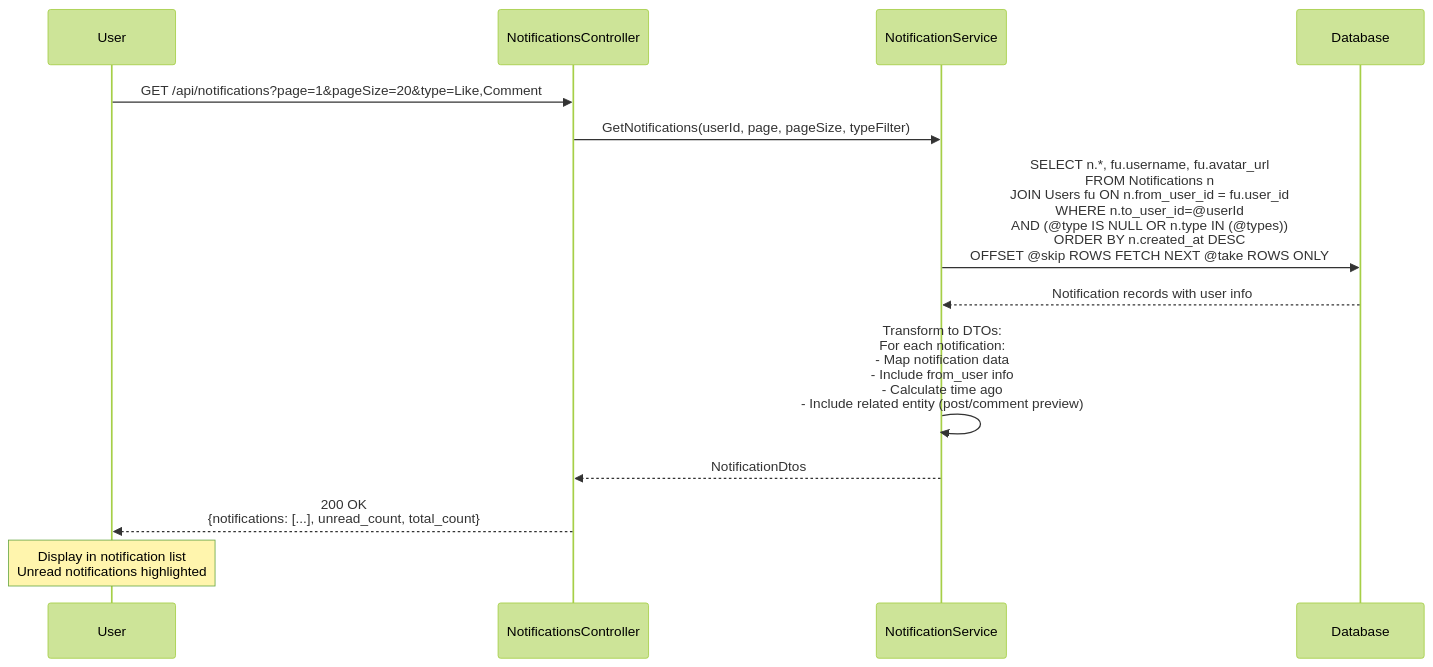
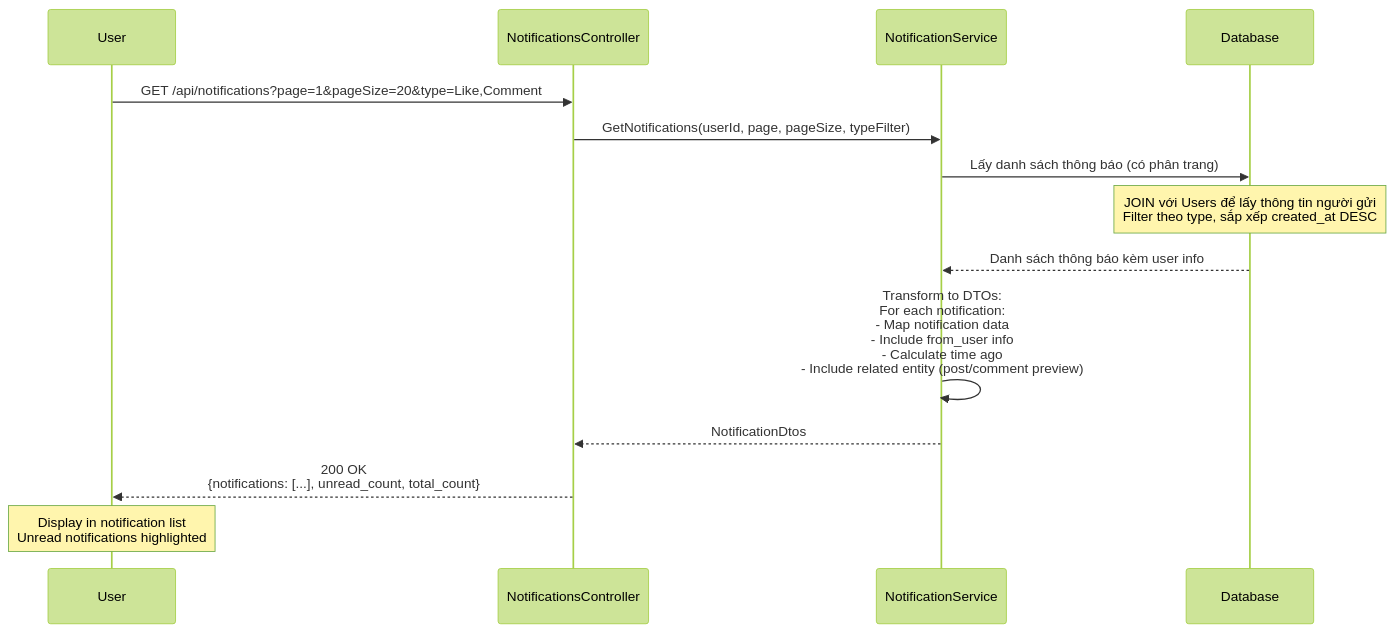
One commit to TranHoang2k40525/UngDungMangXaHoi changed diagram 20 of 49 in README.md. Above: the diagram before and after it, drawn with Mermaid (forest theme). The commit also changed other lines of this file, not shown here.

````diff
--- a/README.md
+++ b/README.md
@@ -2043,21 +2049,22 @@
 ```mermaid
 sequenceDiagram
     participant U as User
     participant API as NotificationsController
     participant S as NotificationService
     participant DB as Database
     
     U->>API: GET /api/notifications?page=1&pageSize=20&type=Like,Comment
     API->>S: GetNotifications(userId, page, pageSize, typeFilter)
     
-    S->>DB: SELECT n.*, fu.username, fu.avatar_url<br/>FROM Notifications n<br/>JOIN Users fu ON n.from_user_id = fu.user_id<br/>WHERE n.to_user_id=@userId<br/>  AND (@type IS NULL OR n.type IN (@types))<br/>ORDER BY n.created_at DESC<br/>OFFSET @skip ROWS FETCH NEXT @take ROWS ONLY
+    S->>DB: Lấy danh sách thông báo (có phân trang)
     
-    DB-->>S: Notification records with user info
+    Note over DB: JOIN với Users để lấy thông tin người gửi<br/>Filter theo type, sắp xếp created_at DESC
+    DB-->>S: Danh sách thông báo kèm user info
     
     S->>S: Transform to DTOs:<br/>For each notification:<br/>- Map notification data<br/>- Include from_user info<br/>- Calculate time ago<br/>- Include related entity (post/comment preview)
     
     S-->>API: NotificationDtos
     API-->>U: 200 OK<br/>{notifications: [...], unread_count, total_count}
     
     Note over U: Display in notification list<br/>Unread notifications highlighted
 ```
````
